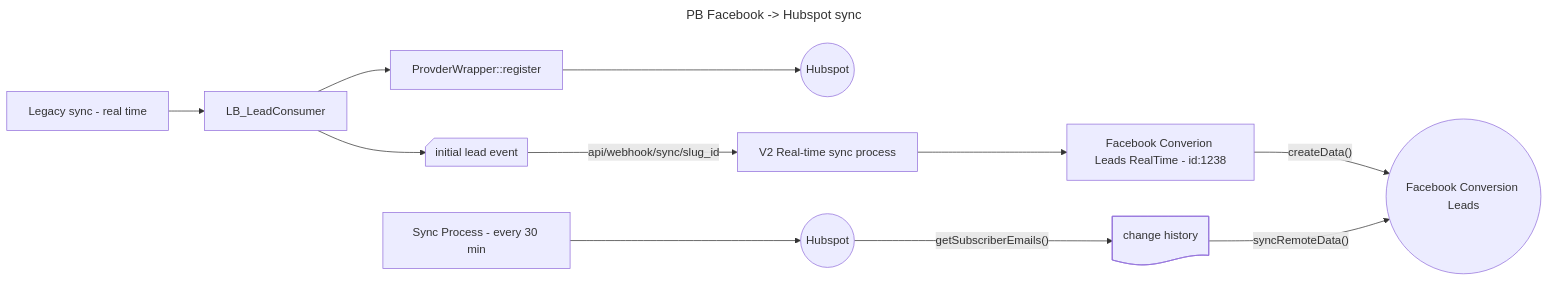
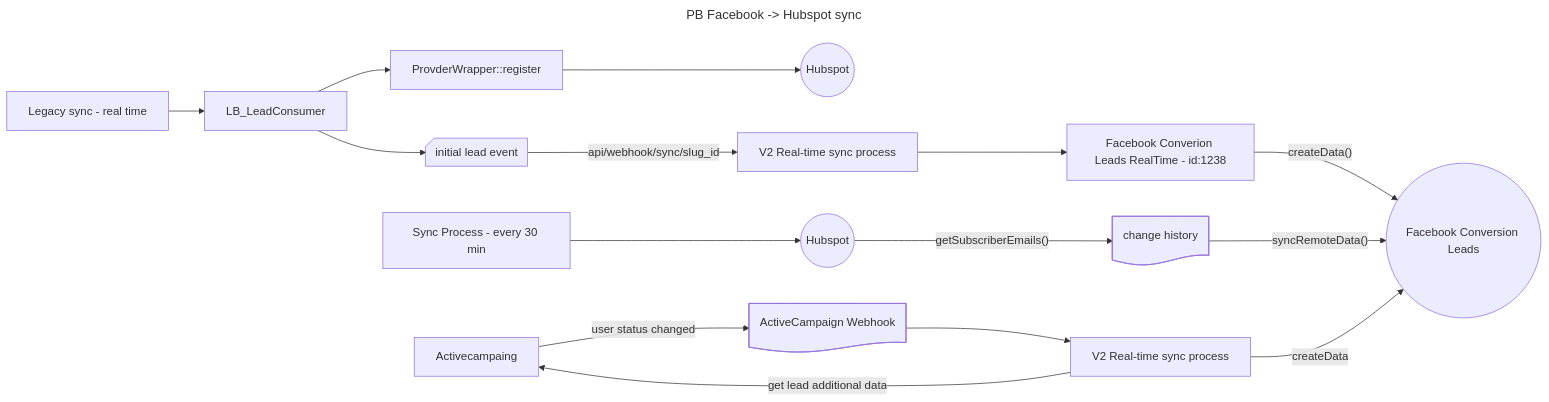
One commit to CeloraLB/mermaid-charts changed the diagram in pb_flow.mmd. Above: the diagram before and after it, drawn with Mermaid.

Commit message:
added new flow for real-time

```diff
--- a/pb_flow.mmd
+++ b/pb_flow.mmd
@@ -1,18 +1,24 @@
 ---
 title: PB Facebook -> Hubspot sync
 ---
 flowchart LR
 
     LegacySync[Legacy sync - real time ] --> LB_LeadConsumer
     LB_LeadConsumer --> PW[ProvderWrapper::register]
     PW --> D((Hubspot))
     initial_lead_event@{ shape: notch-rect, label: "initial lead event" }
     LB_LeadConsumer --> initial_lead_event
     initial_lead_event -- api/webhook/sync/slug_id --> V2[V2 Real-time sync process]
     V2 --> FBCL2[Facebook Converion Leads RealTime - id:1238]
-    FBCL2 -- createData() --> FBCL
+    FBCL2 -- createData() --> FBCL((Facebook Conversion Leads))
 
     SP[Sync Process - every 30 min] --> D2((Hubspot))
     history@{ shape: doc, label: "change history" }
     D2 -- getSubscriberEmails() --> history
-    history -- syncRemoteData() --> FBCL((Facebook Conversion Leads))
+    history -- syncRemoteData() --> FBCL
+
+    AC[Activecampaing] -- user status changed --> webhook
+    webhook@{ shape: doc, label: "ActiveCampaign Webhook" }
+    webhook --> V2Process[V2 Real-time sync process]
+    V2Process -- get lead additional data --> AC
+    V2Process -- createData --> FBCL
```
